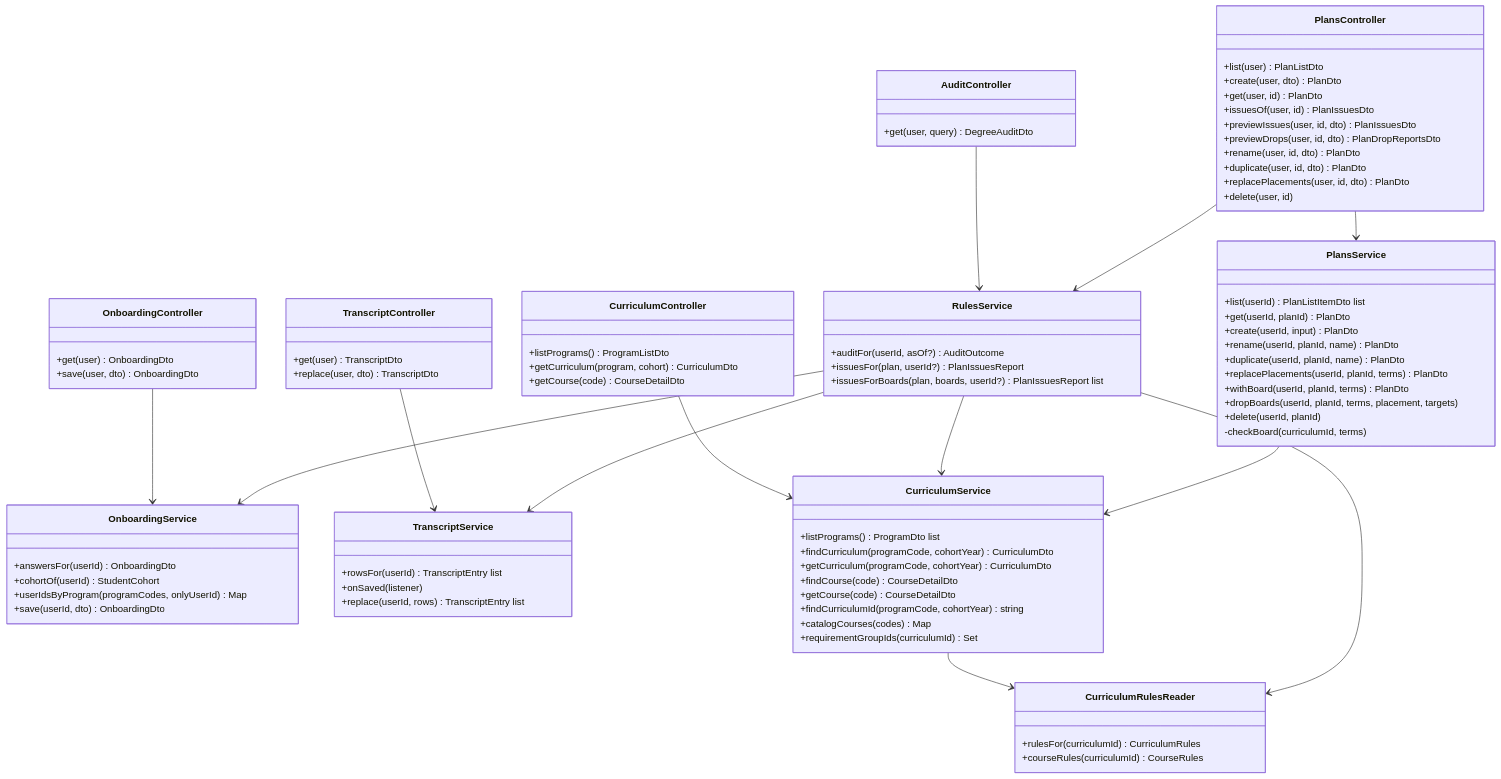
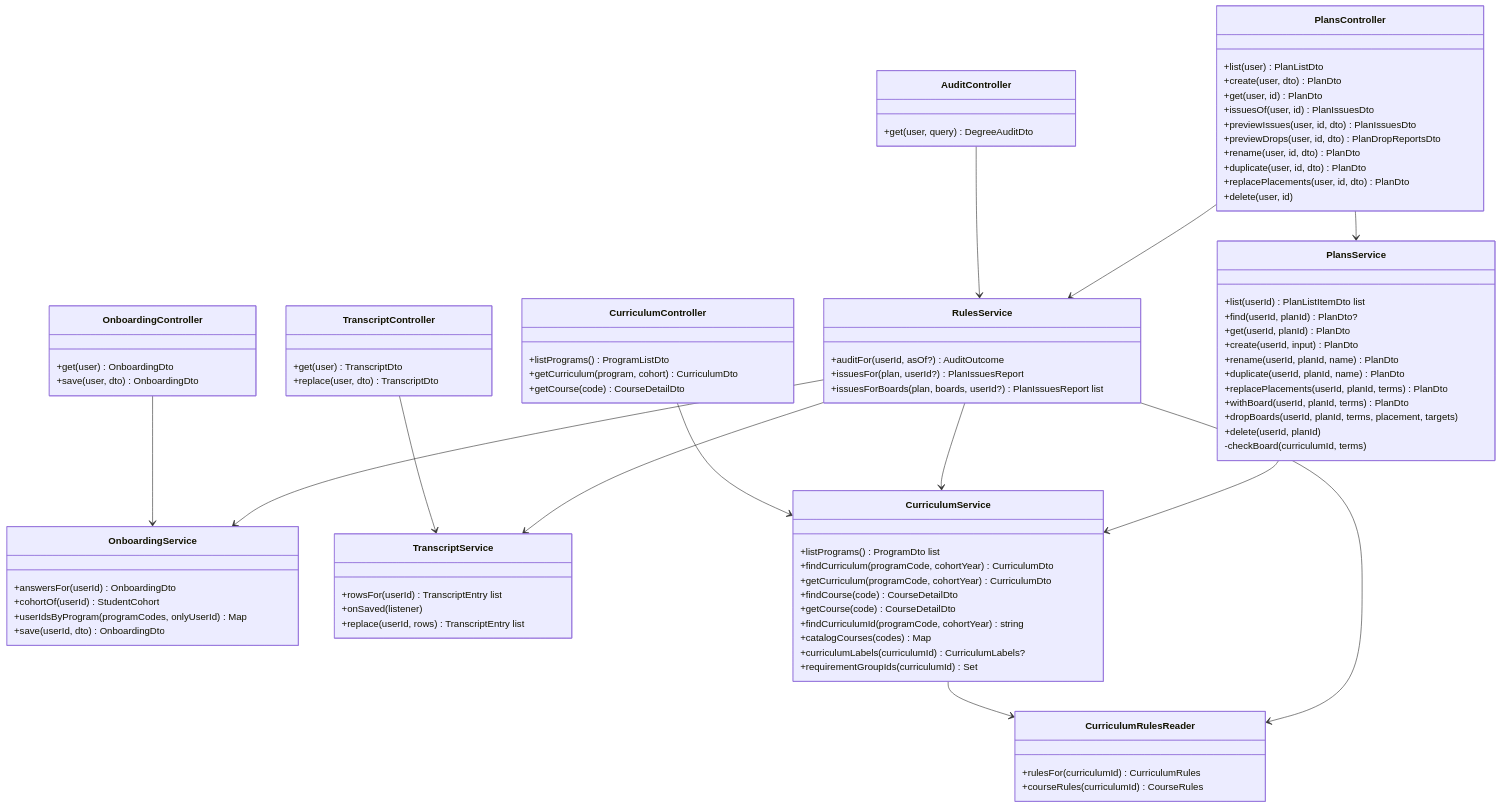
Before and after one commit to LLaammTTeerr/omnicourses: diagram 13 of 18 in docs/analysis-and-design/class-model.md, drawn with Mermaid. The commit also changed other lines of this file and 250 other files, not shown here.

```diff
--- a/docs/analysis-and-design/class-model.md
+++ b/docs/analysis-and-design/class-model.md
@@ -972,6 +974,7 @@
         +getCourse(code) CourseDetailDto
         +findCurriculumId(programCode, cohortYear) string
         +catalogCourses(codes) Map
+        +curriculumLabels(curriculumId) CurriculumLabels?
         +requirementGroupIds(curriculumId) Set
     }
     class CurriculumRulesReader {
@@ -1000,6 +1003,7 @@
     }
     class PlansService {
         +list(userId) PlanListItemDto list
+        +find(userId, planId) PlanDto?
         +get(userId, planId) PlanDto
         +create(userId, input) PlanDto
         +rename(userId, planId, name) PlanDto
```
